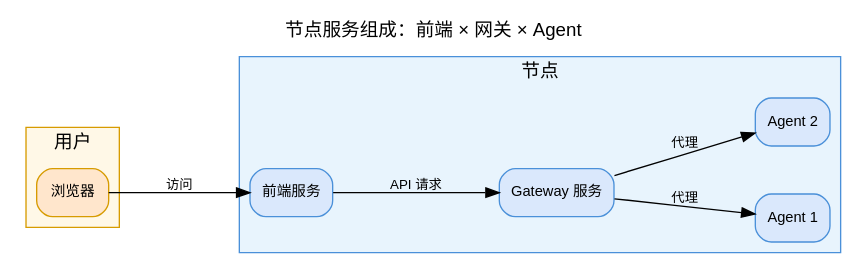
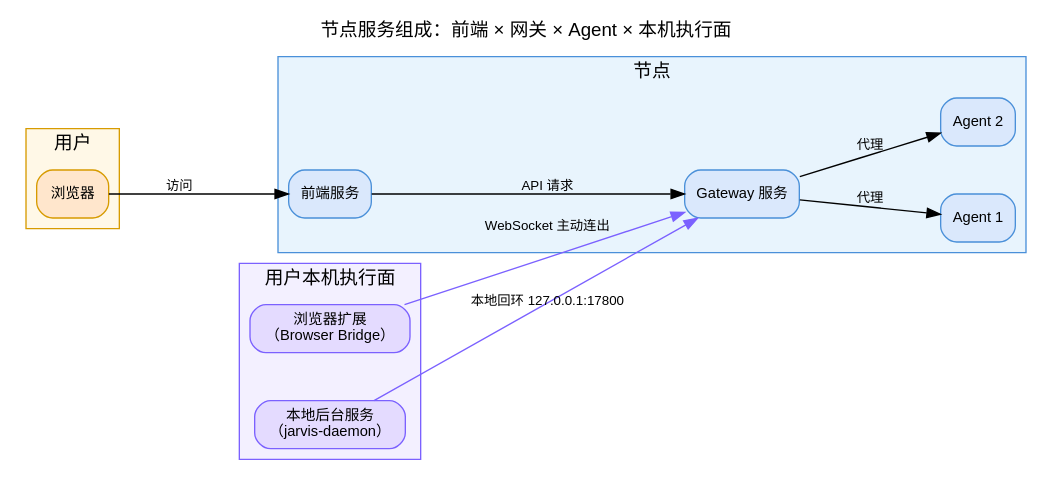
Diagram 22 of 29 in docs/competition/collaboration_modes.md (skyfireitdiy/Jarvis), drawn with Graphviz before and after one commit. The commit also changed other lines of this file and 5 other files, not shown here.

First line of the commit message:
[Jarvis Code Agent提交] feat(topology): 拓扑图展示浏览器扩展与后台服务接入端节点

````diff
--- a/docs/competition/collaboration_modes.md
+++ b/docs/competition/collaboration_modes.md
@@ -1643,30 +1654,41 @@
 ```dot
 digraph G8 {
-  graph [rankdir="LR", splines=line, fontname="Sans-serif", label="节点服务组成：前端 × 网关 × Agent", labelloc="t", nodesep=0.5, ranksep=1.2];
+  graph [rankdir="LR", splines=line, fontname="Sans-serif", label="节点服务组成：前端 × 网关 × Agent × 本机执行面", labelloc="t", nodesep=0.5, ranksep=1.2];
   node [shape=box, style="rounded,filled", fontname="Sans-serif", fontsize=11];
   edge [fontname="Sans-serif", fontsize=10];
   subgraph cluster_user {
     label = "用户";
     style = "filled";
     color = "#D79B00";
     fillcolor = "#FFF8E7";
     node [fillcolor="#FFE6CC", color="#D79B00"];
     browser [label="浏览器"];
+  }
+  subgraph cluster_local {
+    label = "用户本机执行面";
+    style = "filled";
+    color = "#7B61FF";
+    fillcolor = "#F3F0FF";
+    node [fillcolor="#E4DBFF", color="#7B61FF"];
+    ext [label="浏览器扩展\n（Browser Bridge）"];
+    daemon [label="本地后台服务\n（jarvis-daemon）"];
   }
   subgraph cluster_node {
     label = "节点";
     style = "filled";
     color = "#4A90D9";
     fillcolor = "#E8F4FD";
     node [fillcolor="#DAE8FC", color="#4A90D9"];
     fe [label="前端服务"];
     gw [label="Gateway 服务"];
     ag1 [label="Agent 1"];
     ag2 [label="Agent 2"];
   }
   browser -> fe [label="访问"];
   fe -> gw [label="API 请求"];
   gw -> ag1 [label="代理"];
   gw -> ag2 [label="代理"];
+  ext -> gw [label="WebSocket 主动连出" color="#7B61FF"];
+  daemon -> gw [label="本地回环 127.0.0.1:17800" color="#7B61FF"];
 }
 ```
````
